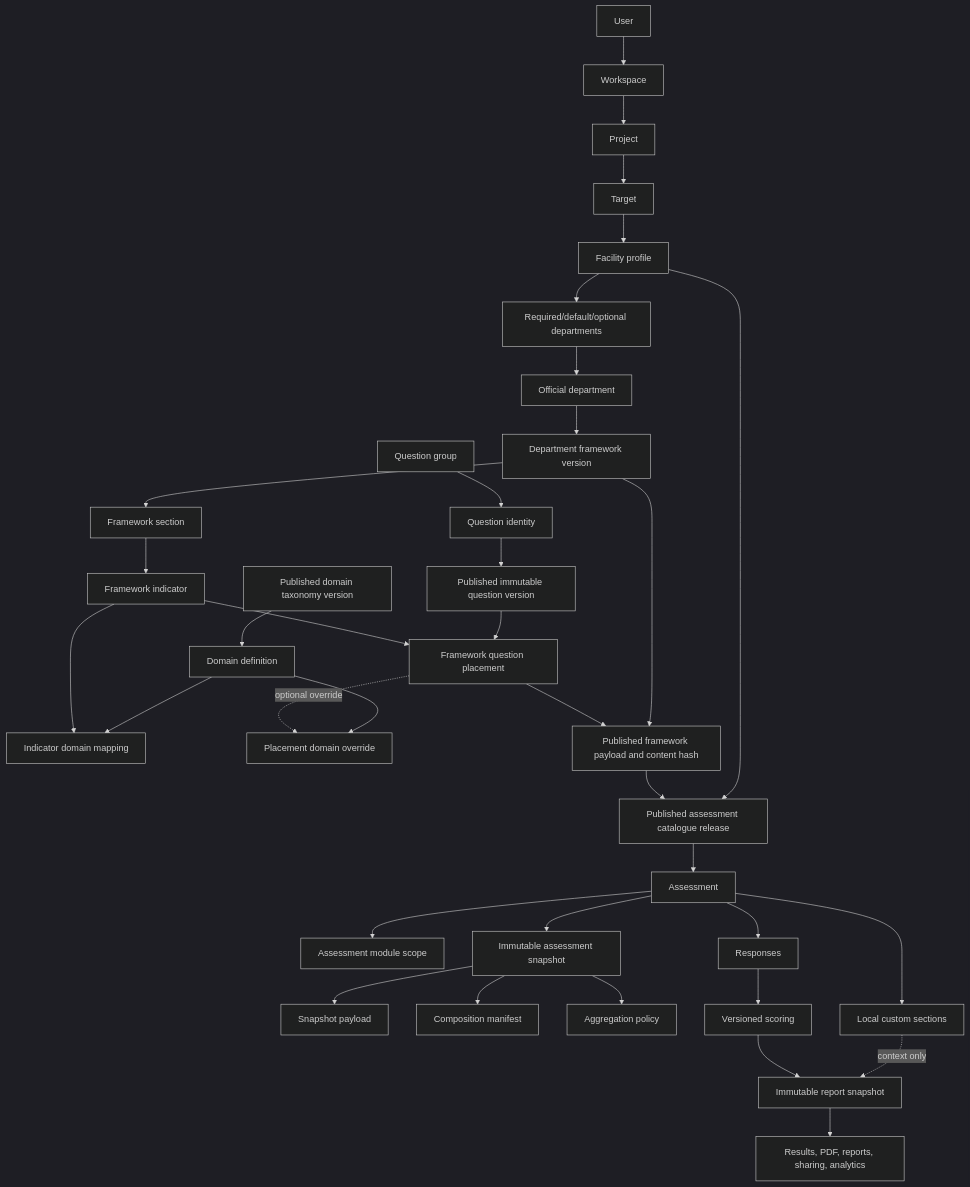
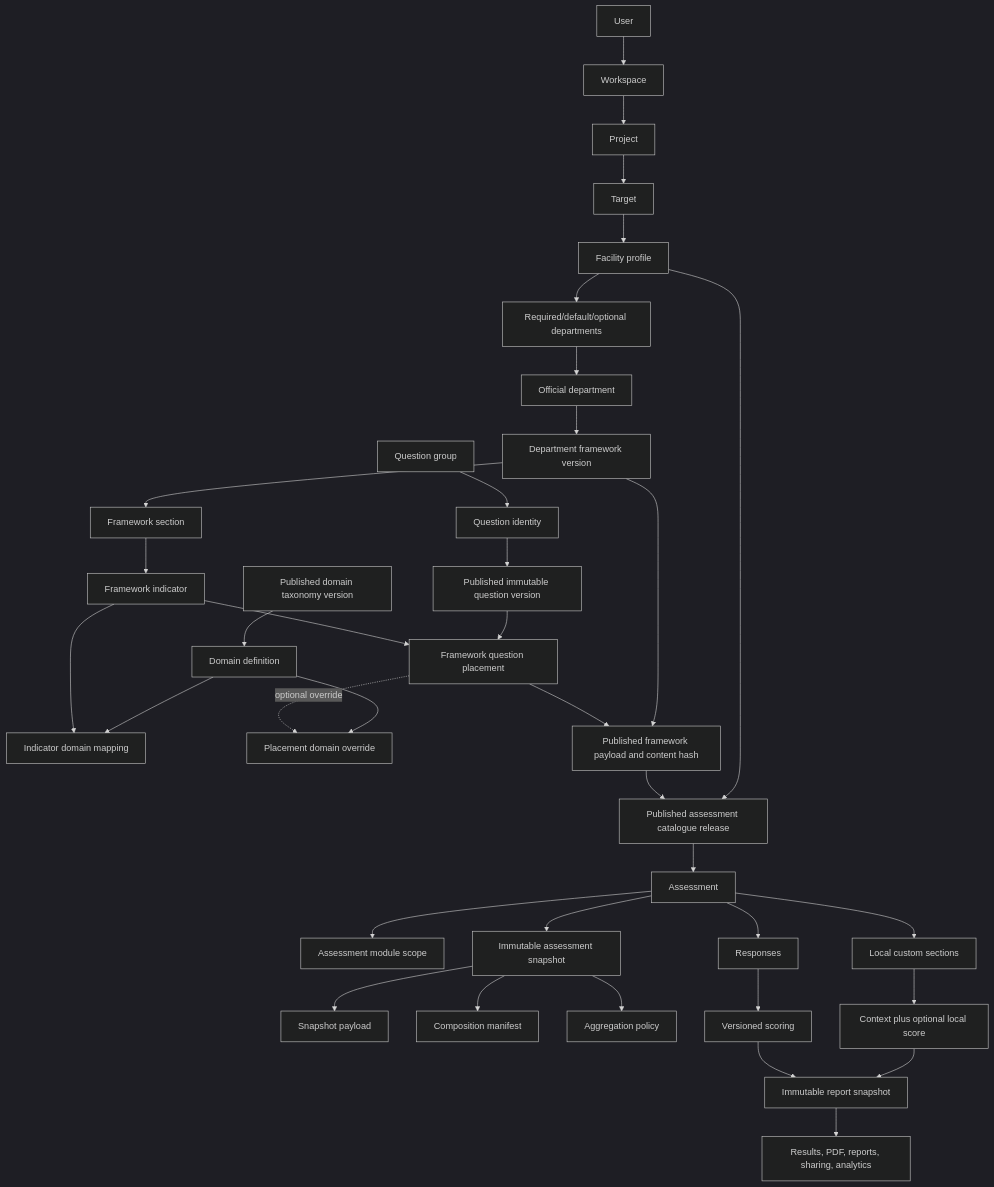
The diagram in docs/architecture/CURRENT_ARCHITECTURE.md (IsaacJootar/vytte), drawn with Mermaid (dark theme) before and after one commit. The commit also changed other lines of this file and 22 other files, not shown here.

First line of the commit message:
Reconcile architecture and release documentation

````diff
--- a/docs/architecture/CURRENT_ARCHITECTURE.md
+++ b/docs/architecture/CURRENT_ARCHITECTURE.md
@@ -42,43 +41,44 @@
 ```mermaid
 flowchart TD
     U[User] --> W[Workspace]
     W --> P[Project]
     P --> T[Target]
     T --> FP[Facility profile]
 
     QG[Question group] --> QI[Question identity]
     QI --> QV[Published immutable question version]
     AM[Official department] --> DFV[Department framework version]
     DFV --> SEC[Framework section]
     SEC --> IND[Framework indicator]
     IND --> PL[Framework question placement]
     QV --> PL
     IND --> DM[Indicator domain mapping]
     PL -.optional override.-> DO[Placement domain override]
     DTV[Published domain taxonomy version] --> DD[Domain definition]
     DD --> DM
     DD --> DO
 
     PL --> PUB[Published framework payload and content hash]
     DFV --> PUB
 
     FP --> FPD[Required/default/optional departments]
     FPD --> AM
 
     PUB --> CR[Published assessment catalogue release]
     FP --> CR
     CR --> A[Assessment]
     A --> AMS[Assessment module scope]
     A --> ASN[Immutable assessment snapshot]
     ASN --> PAY[Snapshot payload]
     ASN --> MAN[Composition manifest]
     ASN --> AGG[Aggregation policy]
 
     A --> R[Responses]
     R --> SCORE[Versioned scoring]
     SCORE --> REP[Immutable report snapshot]
     REP --> OUT[Results, PDF, reports, sharing, analytics]
 
     A --> LCS[Local custom sections]
-    LCS -.context only.-> REP
+    LCS --> LS[Context plus optional local score]
+    LS --> REP
 ```
````
